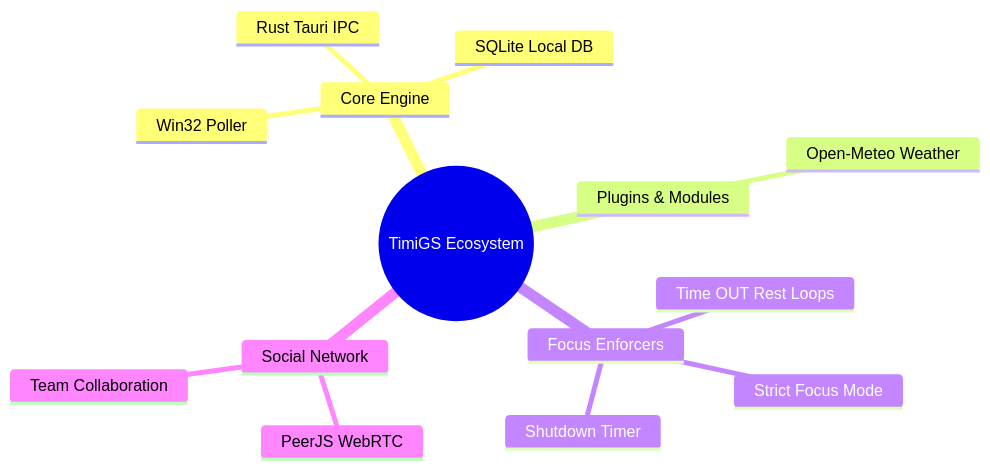
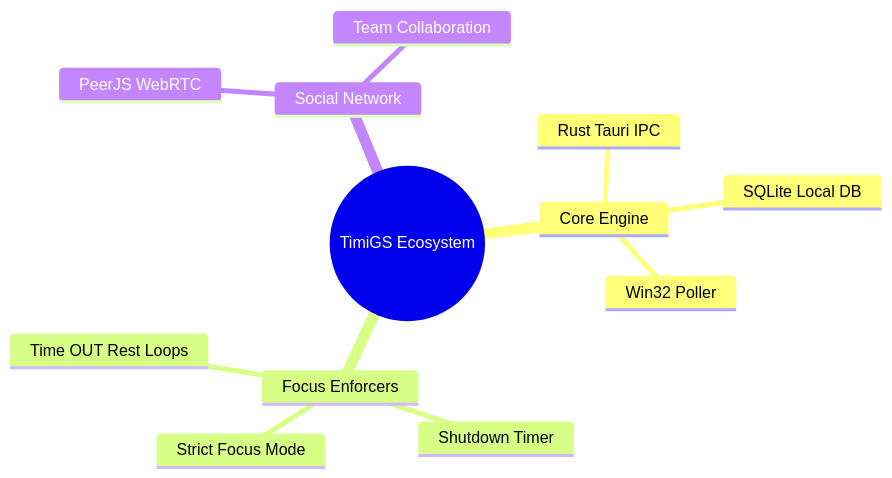
One commit to BANSAFAn/timiGS- changed the diagram in site/public/docx/1.md. Above: the diagram before and after it, drawn with Mermaid. The commit also changed 13 other files, not shown here.

Commit message:
feat: enrich documentation with detailed subsystem pages, code highlighting, modern navigation design, and mermaid rendering support

````diff
--- a/site/public/docx/1.md
+++ b/site/public/docx/1.md
@@ -19,17 +19,15 @@
 ```mermaid
 mindmap
   root((TimiGS Ecosystem))
     Core Engine
       Rust Tauri IPC
       SQLite Local DB
       Win32 Poller
-    Plugins & Modules
-      Open-Meteo Weather
     Focus Enforcers
       Time OUT Rest Loops
       Strict Focus Mode
       Shutdown Timer
     Social Network
       PeerJS WebRTC
       Team Collaboration
 ```
````
